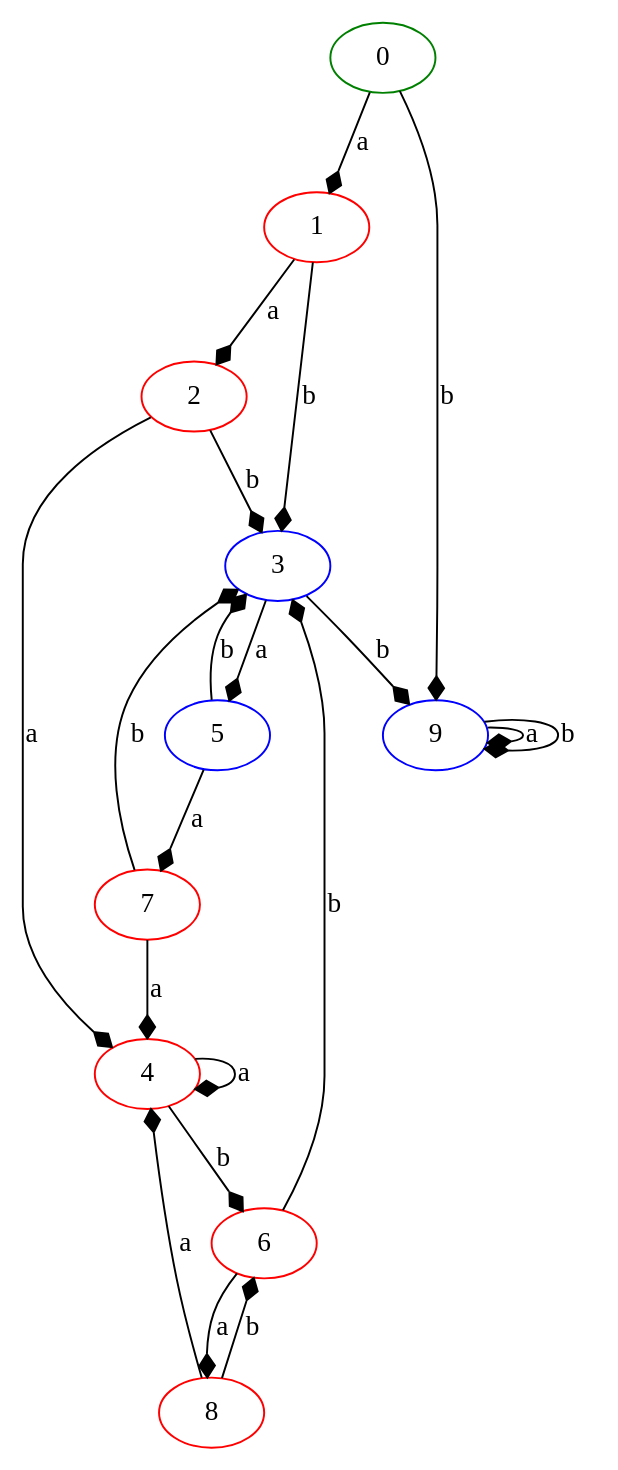
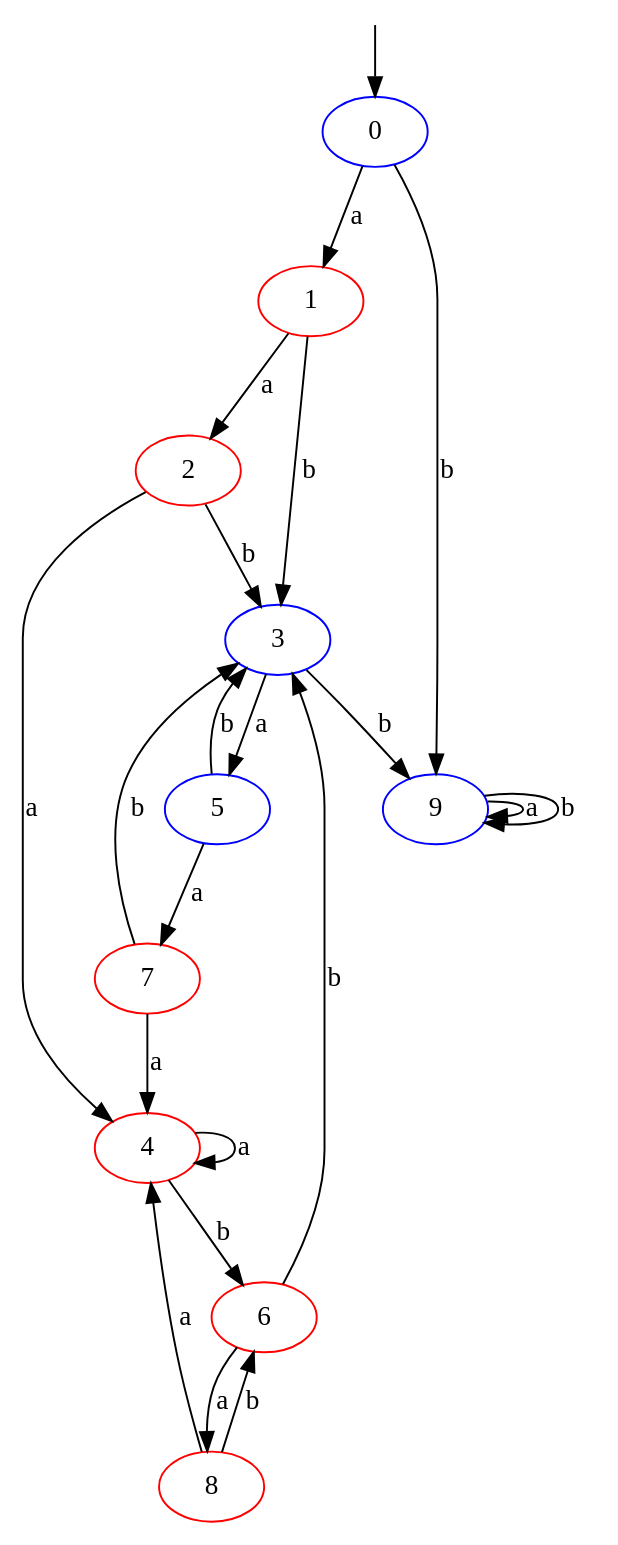
The diagram in img/dfa_full.dot (XDLoLiK/autore), drawn with Graphviz before and after one commit. The commit also changed 9 other files, not shown here.

```diff
--- a/img/dfa_full.dot
+++ b/img/dfa_full.dot
@@ -1,1 +1,1 @@
-digraph G{node [color=green;];0;node [color=red;];1;node [color=red;];2;node [color=blue;];3;node [color=red;];4;node [color=blue;];5;node [color=red;];6;node [color=red;];7;node [color=red;];8;node [color=blue;];9;0->1[arrowhead=diamond;label="a";];0->9[arrowhead=diamond;label="b";];1->2[arrowhead=diamond;label="a";];1->3[arrowhead=diamond;label="b";];2->4[arrowhead=diamond;label="a";];2->3[arrowhead=diamond;label="b";];3->5[arrowhead=diamond;label="a";];3->9[arrowhead=diamond;label="b";];4->4[arrowhead=diamond;label="a";];4->6[arrowhead=diamond;label="b";];5->7[arrowhead=diamond;label="a";];5->3[arrowhead=diamond;label="b";];6->8[arrowhead=diamond;label="a";];6->3[arrowhead=diamond;label="b";];7->4[arrowhead=diamond;label="a";];7->3[arrowhead=diamond;label="b";];8->4[arrowhead=diamond;label="a";];8->6[arrowhead=diamond;label="b";];9->9[arrowhead=diamond;label="a";];9->9[arrowhead=diamond;label="b";];}
+digraph G{node [color=blue;];0;node [color=red;];1;node [color=red;];2;node [color=blue;];3;node [color=red;];4;node [color=blue;];5;node [color=red;];6;node [color=red;];7;node [color=red;];8;node [color=blue;];9;node [shape=none;label="";height=0;width=0;];-1;-1->0;0->1[label="a";];0->9[label="b";];1->2[label="a";];1->3[label="b";];2->4[label="a";];2->3[label="b";];3->5[label="a";];3->9[label="b";];4->4[label="a";];4->6[label="b";];5->7[label="a";];5->3[label="b";];6->8[label="a";];6->3[label="b";];7->4[label="a";];7->3[label="b";];8->4[label="a";];8->6[label="b";];9->9[label="a";];9->9[label="b";];}
```
